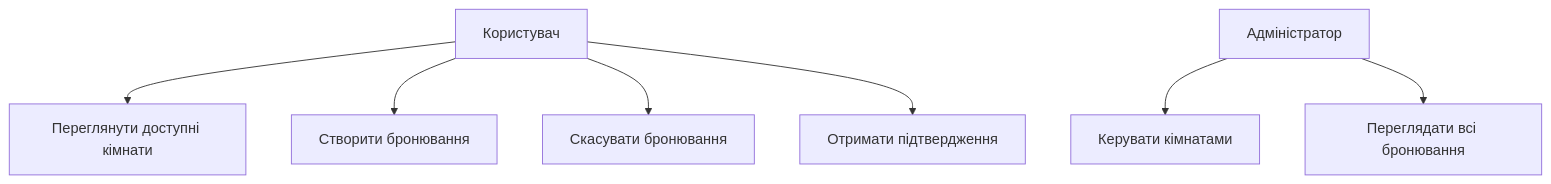
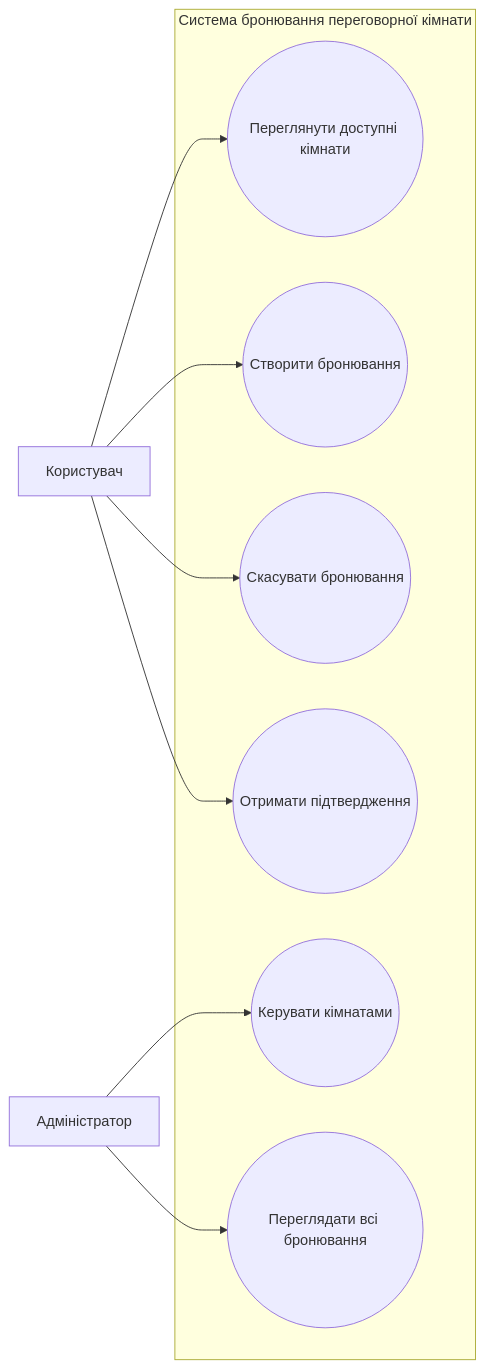
Before and after one commit to bespala/pz-UML: the diagram in projectPlan.md, drawn with Mermaid.

````diff
--- a/projectPlan.md
+++ b/projectPlan.md
@@ -12,19 +12,23 @@
 ```mermaid
-flowchart TD
-    User["Користувач"]
-    Admin["Адміністратор"]
-    
-    UC1["Переглянути доступні кімнати"]
-    UC2["Створити бронювання"]
-    UC3["Скасувати бронювання"]
-    UC4["Отримати підтвердження"]
-    UC5["Керувати кімнатами"]
-    UC6["Переглядати всі бронювання"]
-    
+flowchart LR
+
+    User[Користувач]
+    Admin[Адміністратор]
+
+    subgraph System["Система бронювання переговорної кімнати"]
+        UC1((Переглянути доступні кімнати))
+        UC2((Створити бронювання))
+        UC3((Скасувати бронювання))
+        UC4((Отримати підтвердження))
+        UC5((Керувати кімнатами))
+        UC6((Переглядати всі бронювання))
+    end
+
     User --> UC1
     User --> UC2
     User --> UC3
     User --> UC4
+
     Admin --> UC5
     Admin --> UC6
 ```
````
